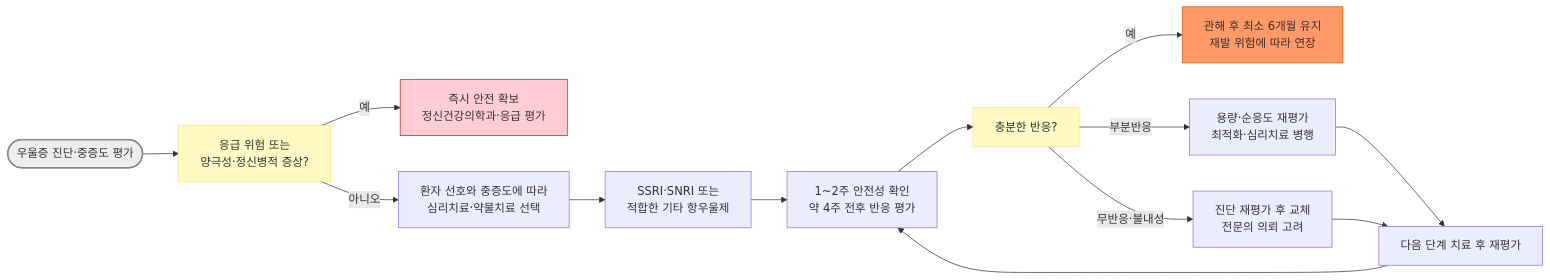
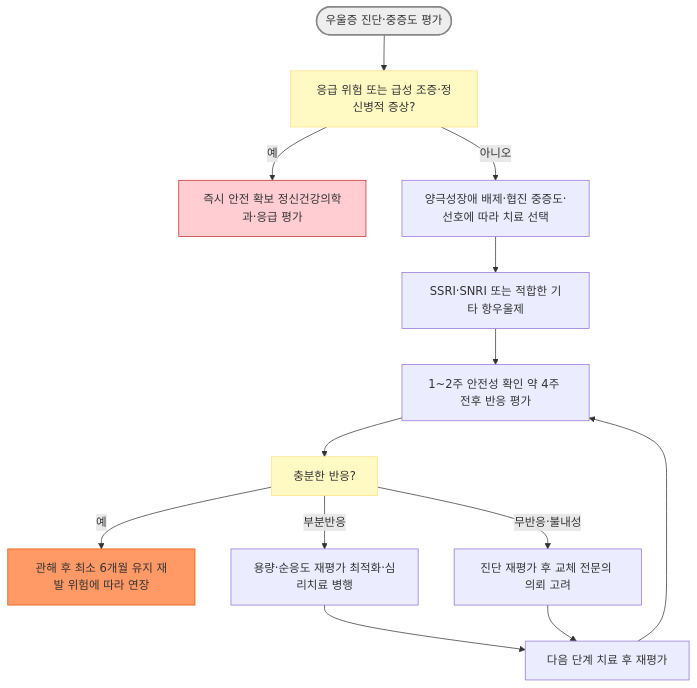
The first of 2 diagrams in 231_/213_-antidepressants-and-anxiolytics.md (familyoh77/familyoh77), drawn with Mermaid before and after one commit. The commit also changed other lines of this file and 5 other files, not shown here.

````diff
--- a/231_/213_-antidepressants-and-anxiolytics.md
+++ b/231_/213_-antidepressants-and-anxiolytics.md
@@ -62,21 +62,21 @@
 ```mermaid
-flowchart LR
-    A(["우울증 진단·중증도 평가"]) --> B["응급 위험 또는<br/>양극성·정신병적 증상?"]
-    B -->|예| C["즉시 안전 확보<br/>정신건강의학과·응급 평가"]
-    B -->|아니오| D["환자 선호와 중증도에 따라<br/>심리치료·약물치료 선택"]
-    D --> E["SSRI·SNRI 또는<br/>적합한 기타 항우울제"]
-    E --> F["1~2주 안전성 확인<br/>약 4주 전후 반응 평가"]
+flowchart TD
+    A(["우울증 진단·중증도 평가"]) --> B["응급 위험 또는 급성 조증·정신병적 증상?"]
+    B -->|예| C["즉시 안전 확보 정신건강의학과·응급 평가"]
+    B -->|아니오| D["양극성장애 배제·협진 중증도·선호에 따라 치료 선택"]
+    D --> E["SSRI·SNRI 또는 적합한 기타 항우울제"]
+    E --> F["1~2주 안전성 확인 약 4주 전후 반응 평가"]
     F --> G["충분한 반응?"]
-    G -->|예| H["관해 후 최소 6개월 유지<br/>재발 위험에 따라 연장"]
-    G -->|부분반응| I["용량·순응도 재평가<br/>최적화·심리치료 병행"]
-    G -->|무반응·불내성| J["진단 재평가 후 교체<br/>전문의 의뢰 고려"]
+    G -->|예| H["관해 후 최소 6개월 유지 재발 위험에 따라 연장"]
+    G -->|부분반응| I["용량·순응도 재평가 최적화·심리치료 병행"]
+    G -->|무반응·불내성| J["진단 재평가 후 교체 전문의 의뢰 고려"]
     I --> K["다음 단계 치료 후 재평가"]
     J --> K
     K --> F
 
     style A fill:#eeeeee,stroke:#888888,stroke-width:2px
     style B fill:#fff9c4,stroke:#ffe082
     style G fill:#fff9c4,stroke:#ffe082
     style C fill:#ffcdd2,stroke:#c62828
     style H fill:#f96,stroke:#e65100
 ```
````
